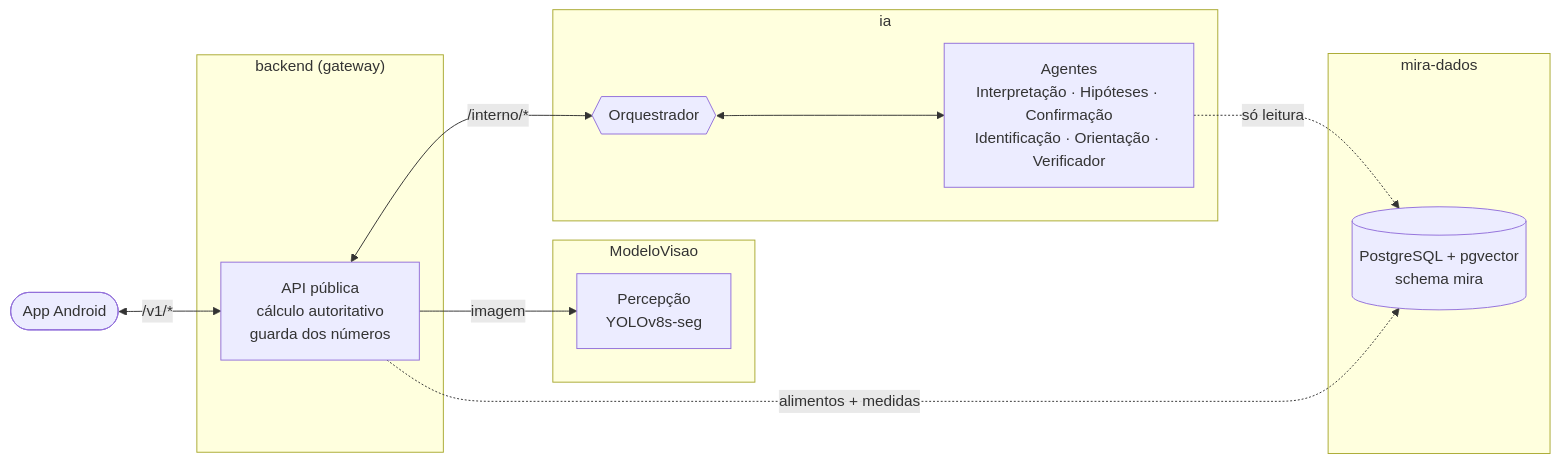
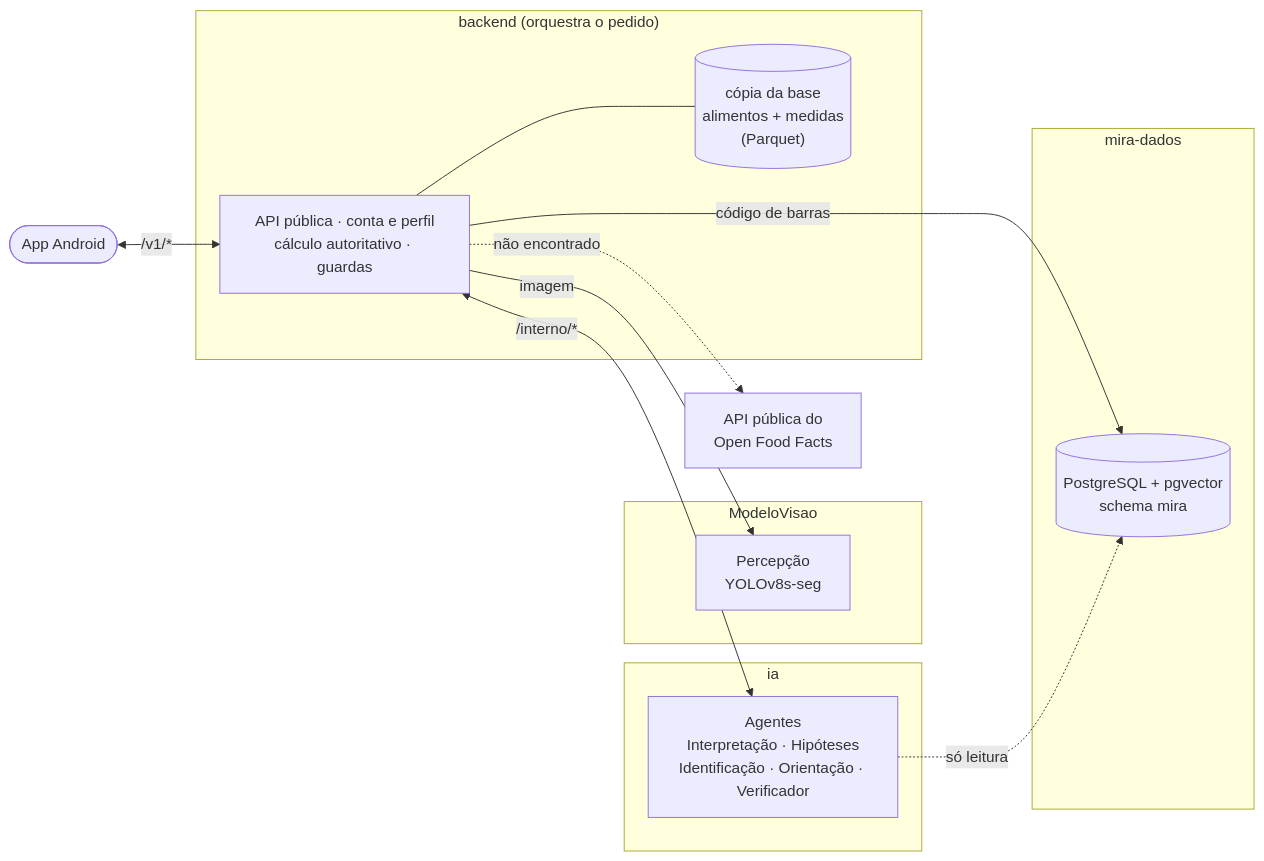
One commit to residencia-ia-Challenge-2/documentacao changed the first of 4 diagrams in docs/architecture/multiagentes.md. Above: the diagram before and after it, drawn with Mermaid. The commit also changed other lines of this file and 5 other files, not shown here.

First line of the commit message:
docs: alinha proposta multiagentes ao backend e corrige status do código de barras

````diff
--- a/docs/architecture/multiagentes.md
+++ b/docs/architecture/multiagentes.md
@@ -20,27 +22,30 @@
 ```mermaid
 flowchart LR
     APP(["App Android"]) <-->|"/v1/*"| BE
 
-    subgraph backend["backend (gateway)"]
-        BE["API pública<br/>cálculo autoritativo<br/>guarda dos números"]
+    subgraph backend["backend (orquestra o pedido)"]
+        BE["API pública · conta e perfil<br/>cálculo autoritativo · guardas"]
+        BP[("cópia da base<br/>alimentos + medidas<br/>(Parquet)")]
+        BE --- BP
     end
 
     subgraph visao["ModeloVisao"]
         VIS["Percepção<br/>YOLOv8s-seg"]
     end
 
     subgraph ia["ia"]
-        ORQ{{"Orquestrador"}}
-        AG["Agentes<br/>Interpretação · Hipóteses · Confirmação<br/>Identificação · Orientação · Verificador"]
-        ORQ <--> AG
+        AG["Agentes<br/>Interpretação · Hipóteses<br/>Identificação · Orientação · Verificador"]
     end
 
     subgraph dados["mira-dados"]
         PG[("PostgreSQL + pgvector<br/>schema mira")]
     end
 
+    OFF["API pública do<br/>Open Food Facts"]
+
     BE -->|"imagem"| VIS
-    BE <-->|"/interno/*"| ORQ
+    BE <-->|"/interno/*"| AG
     AG -.->|"só leitura"| PG
-    BE -.->|"alimentos + medidas"| PG
+    BE -->|"código de barras"| PG
+    BE -.->|"não encontrado"| OFF
 ```
````
